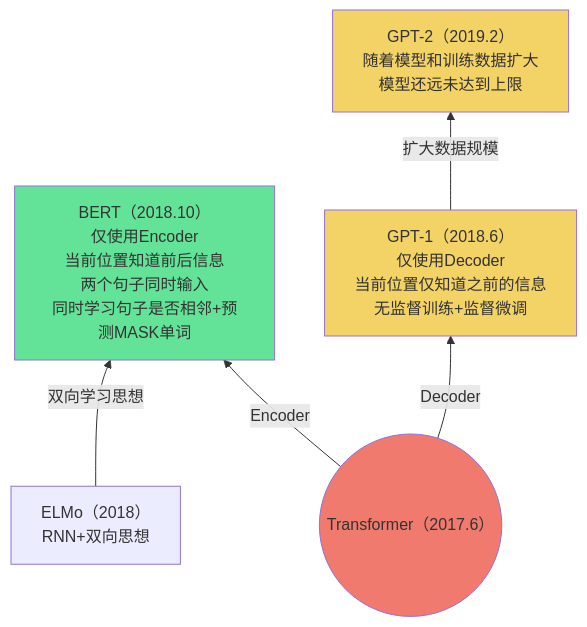
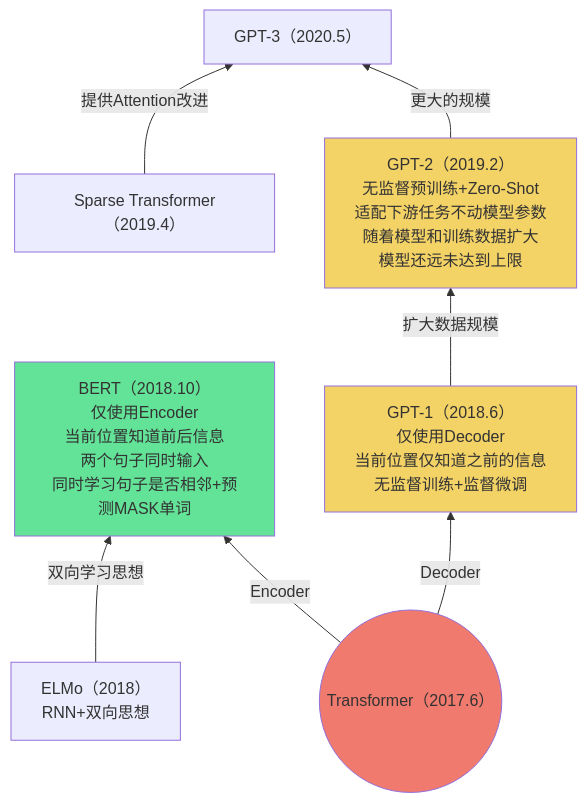
One commit to Elephant-King9/Paper changed the third of 4 diagrams in Base_Model/LLM/analyse.md. Above: the diagram before and after it, drawn with Mermaid. The commit also changed 7 other files, not shown here.

````diff
--- a/Base_Model/LLM/analyse.md
+++ b/Base_Model/LLM/analyse.md
@@ -41,20 +41,24 @@
 ```mermaid
 flowchart BT
 Transformer-->|Encoder|BERT
 Transformer-->|Decoder|GPT-1
 ELMo-->|双向学习思想|BERT
 GPT-1-->|扩大数据规模|GPT-2
+GPT-2-->|更大的规模|GPT-3
+Sparse_Transformer-->|提供Attention改进|GPT-3
 
 
 
 
 Transformer@{ shape: circle, label: "Transformer（2017.6）" }
 				style Transformer fill:#EF7A6D
 GPT-1[GPT-1（2018.6）<br>仅使用Decoder<br>当前位置仅知道之前的信息<br>无监督训练+监督微调]
 	style GPT-1 fill:#F3D266
 BERT[BERT（2018.10）<br>仅使用Encoder<br>当前位置知道前后信息<br>两个句子同时输入<br>同时学习句子是否相邻+预测MASK单词]
 	style BERT fill:#63E398
 ELMo[ELMo（2018）<br>RNN+双向思想]
-GPT-2[GPT-2（2019.2）<br>随着模型和训练数据扩大<br>模型还远未达到上限]
+GPT-2[GPT-2（2019.2）<br>无监督预训练+Zero-Shot<br>适配下游任务不动模型参数<br>随着模型和训练数据扩大<br>模型还远未达到上限]
 	style GPT-2 fill:#F3D266
+Sparse_Transformer[Sparse Transformer（2019.4）]
+GPT-3[GPT-3（2020.5）<br>]
 ```
````
